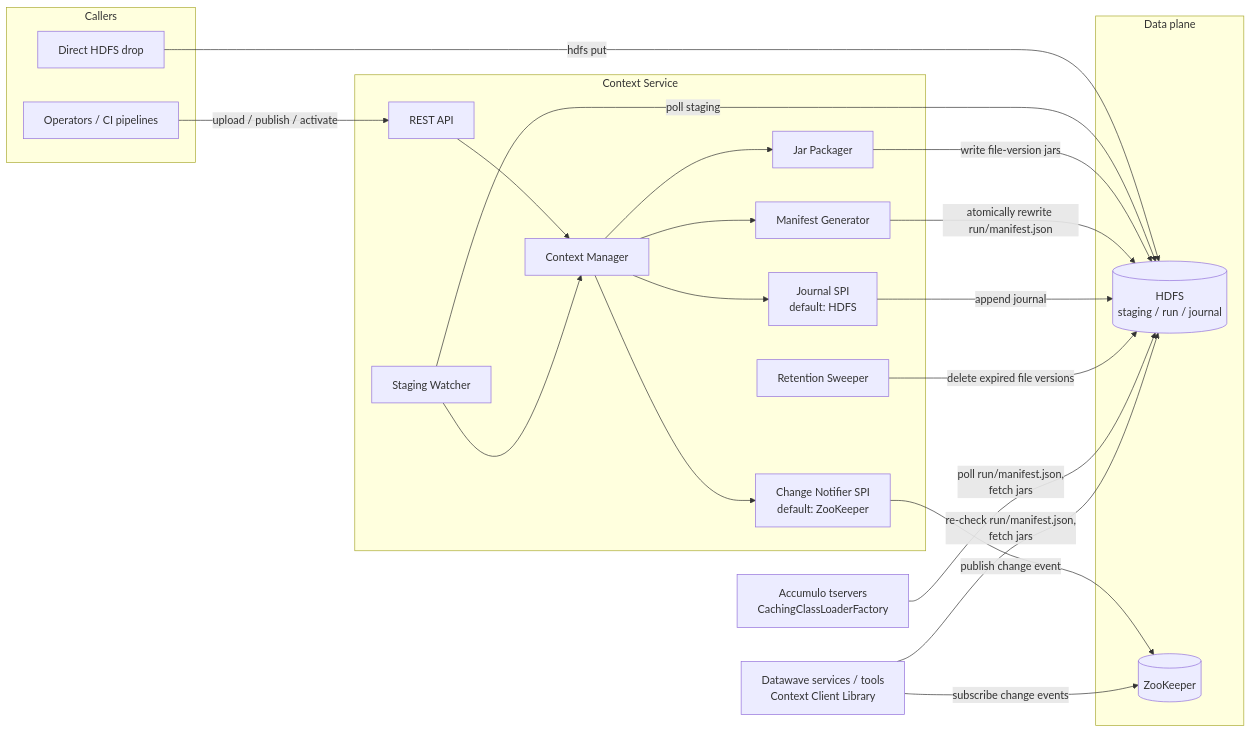
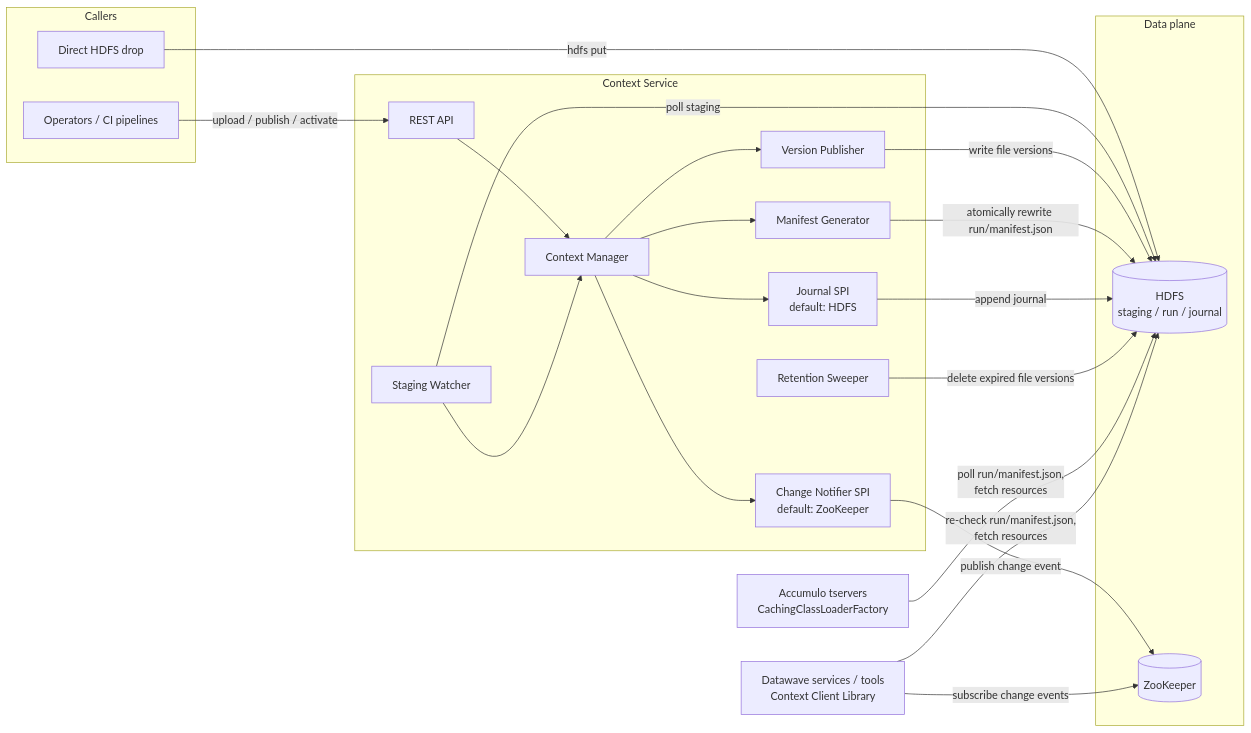
Before and after one commit to NationalSecurityAgency/datawave-file-provider-service: the diagram in docs/high-level-design.md, drawn with Mermaid. The commit also changed other lines of this file, not shown here.

First line of the commit message:
Drop jar-wrapping for loose files; client resolves files directly via LocalStore

````diff
--- a/docs/high-level-design.md
+++ b/docs/high-level-design.md
@@ -66,44 +66,44 @@
 ```mermaid
 flowchart LR
     subgraph clients [Callers]
         U[Operators / CI pipelines]
         D[Direct HDFS drop]
     end
 
     subgraph svc [Context Service]
         API[REST API]
         CM[Context Manager]
         FW[Staging Watcher]
-        JP[Jar Packager]
+        VP[Version Publisher]
         MG[Manifest Generator]
         NTF[Change Notifier SPI<br/>default: ZooKeeper]
         AUD[Journal SPI<br/>default: HDFS]
         GC[Retention Sweeper]
     end
 
     subgraph storage [Data plane]
         HDFS[(HDFS<br/>staging / run / journal)]
         ZK[(ZooKeeper)]
     end
 
     ACC[Accumulo tservers<br/>CachingClassLoaderFactory]
     SVCS[Datawave services / tools<br/>Context Client Library]
 
     U -->|upload / publish / activate| API
     D -->|hdfs put| HDFS
     API --> CM
     FW -->|poll staging| HDFS
     FW --> CM
-    CM --> JP
+    CM --> VP
     CM --> MG
     CM --> NTF
     CM --> AUD
-    JP -->|write file-version jars| HDFS
+    VP -->|write file versions| HDFS
     MG -->|atomically rewrite run/manifest.json| HDFS
     NTF -->|publish change event| ZK
     AUD -->|append journal| HDFS
     GC -->|delete expired file versions| HDFS
-    ACC -->|poll run/manifest.json,<br/>fetch jars| HDFS
+    ACC -->|poll run/manifest.json,<br/>fetch resources| HDFS
     SVCS -->|subscribe change events| ZK
-    SVCS -->|re-check run/manifest.json,<br/>fetch jars| HDFS
+    SVCS -->|re-check run/manifest.json,<br/>fetch resources| HDFS
 ```
````
